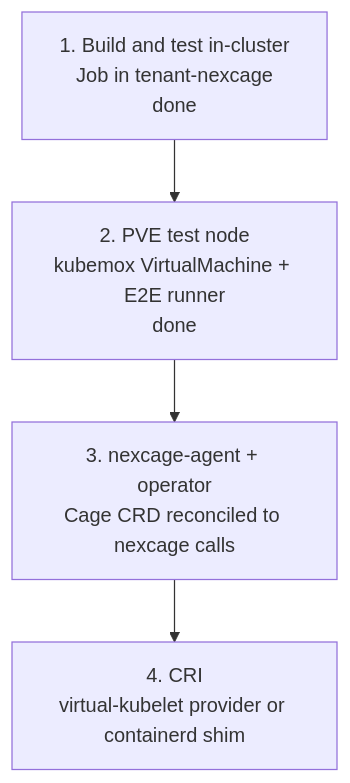
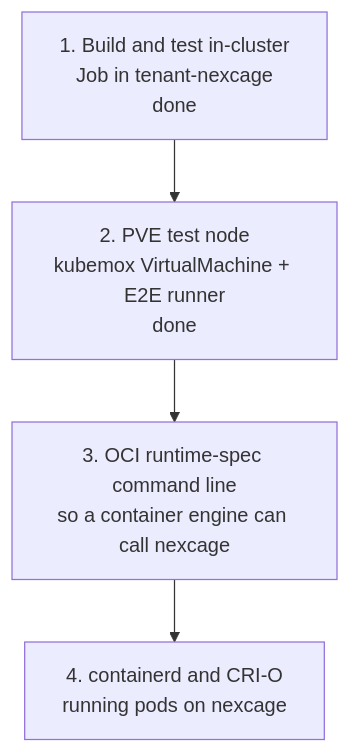
Before and after one commit to CageForge/nexcage: the diagram in docs/KUBERNETES_INTEGRATION.md, drawn with Mermaid. The commit also changed other lines of this file and 16 other files, not shown here.

````diff
--- a/docs/KUBERNETES_INTEGRATION.md
+++ b/docs/KUBERNETES_INTEGRATION.md
@@ -53,6 +57,6 @@
 ```mermaid
 flowchart TD
   S1["1. Build and test in-cluster<br/>Job in tenant-nexcage<br/>done"] --> S2["2. PVE test node<br/>kubemox VirtualMachine + E2E runner<br/>done"]
-  S2 --> S3["3. nexcage-agent + operator<br/>Cage CRD reconciled to nexcage calls"]
-  S3 --> S4["4. CRI<br/>virtual-kubelet provider or containerd shim"]
+  S2 --> S3["3. OCI runtime-spec command line<br/>so a container engine can call nexcage"]
+  S3 --> S4["4. containerd and CRI-O<br/>running pods on nexcage"]
 ```
````
